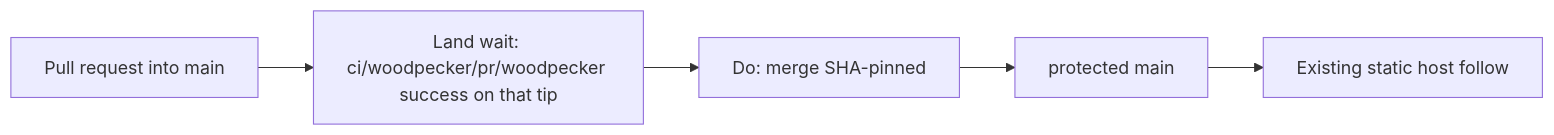
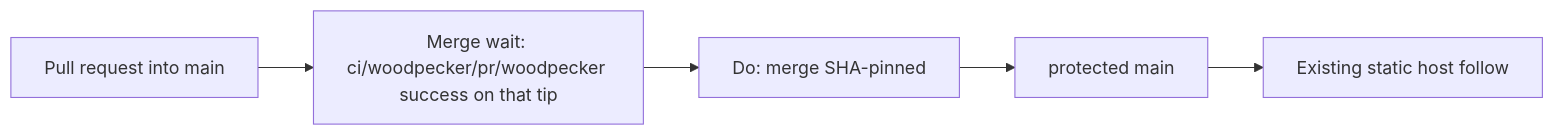
Before and after one commit to PlasticDigits/tradair-landing: the second of 2 diagrams in docs/architecture.md, drawn with Mermaid. The commit also changed other lines of this file and 1 other file, not shown here.

Commit message:
docs: keep architecture.md as standing T2; align ADR Tests item 2.

````diff
--- a/docs/architecture.md
+++ b/docs/architecture.md
@@ -162,7 +152,7 @@
 ```mermaid
 flowchart LR
-  PR[Pull request into main] --> WP["Land wait: ci/woodpecker/pr/woodpecker success on that tip"]
+  PR[Pull request into main] --> WP["Merge wait: ci/woodpecker/pr/woodpecker success on that tip"]
   WP --> MERGE[Do: merge SHA-pinned]
   MERGE --> MAIN[protected main]
   MAIN --> HOST[Existing static host follow]
 ```
````
